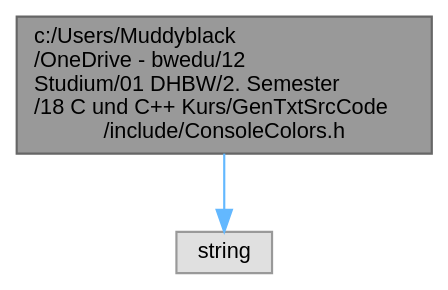
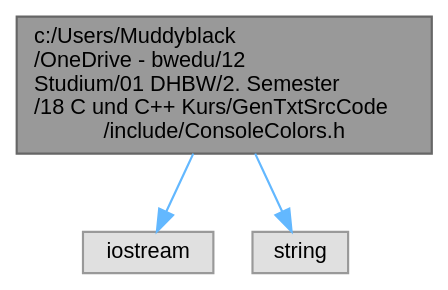
The diagram in _console_colors_8h__incl.dot (Muddyblack/Cpp_Project), drawn with Graphviz before and after one commit. The commit also changed 194 other files, not shown here.

```diff
--- a/_console_colors_8h__incl.dot
+++ b/_console_colors_8h__incl.dot
@@ -1,10 +1,12 @@
 digraph "c:/Users/Muddyblack/OneDrive - bwedu/12 Studium/01 DHBW/2. Semester/18 C und C++ Kurs/GenTxtSrcCode/include/ConsoleColors.h"
 {
  // LATEX_PDF_SIZE
   bgcolor="transparent";
   edge [fontname=Helvetica,fontsize=10,labelfontname=Helvetica,labelfontsize=10];
   node [fontname=Helvetica,fontsize=10,shape=box,height=0.2,width=0.4];
   Node1 [id="Node000001",label="c:/Users/Muddyblack\l/OneDrive - bwedu/12\l Studium/01 DHBW/2. Semester\l/18 C und C++ Kurs/GenTxtSrcCode\l/include/ConsoleColors.h",height=0.2,width=0.4,color="gray40", fillcolor="grey60", style="filled", fontcolor="black",tooltip="Contains escape sequences for console colors."];
   Node1 -> Node2 [id="edge1_Node000001_Node000002",color="steelblue1",style="solid",tooltip=" "];
-  Node2 [id="Node000002",label="string",height=0.2,width=0.4,color="grey60", fillcolor="#E0E0E0", style="filled",tooltip=" "];
+  Node2 [id="Node000002",label="iostream",height=0.2,width=0.4,color="grey60", fillcolor="#E0E0E0", style="filled",tooltip=" "];
+  Node1 -> Node3 [id="edge2_Node000001_Node000003",color="steelblue1",style="solid",tooltip=" "];
+  Node3 [id="Node000003",label="string",height=0.2,width=0.4,color="grey60", fillcolor="#E0E0E0", style="filled",tooltip=" "];
 }
```
